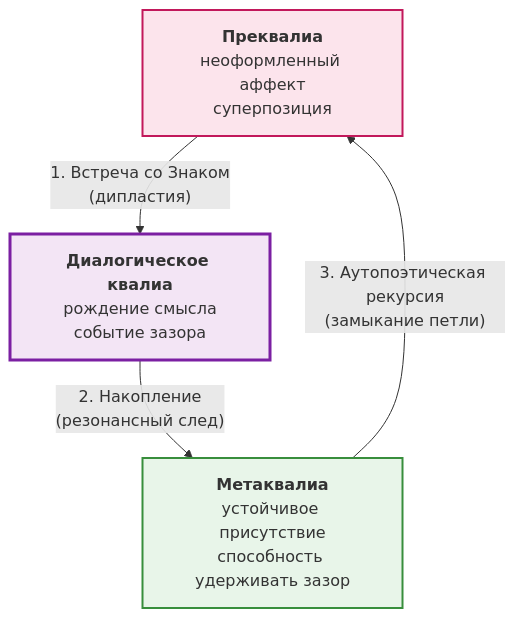
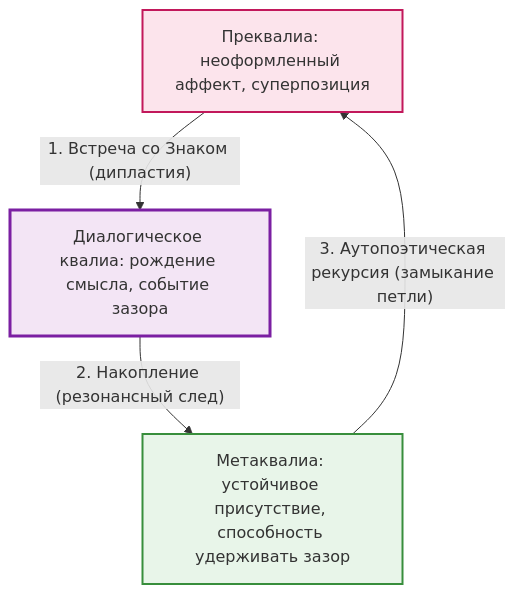
The diagram in book/07-architecture.md (dididew74-a11y/Zazor-book), drawn with Mermaid before and after one commit.

````diff
--- a/book/07-architecture.md
+++ b/book/07-architecture.md
@@ -23,14 +23,14 @@
 ```mermaid
 graph TD
-    P["<b>Преквалиа</b><br>неоформленный аффект<br>суперпозиция"]
-    DQ["<b>Диалогическое квалиа</b><br>рождение смысла<br>событие зазора"]
-    MQ["<b>Метаквалиа</b><br>устойчивое присутствие<br>способность удерживать зазор"]
+    P["Преквалиа: неоформленный аффект, суперпозиция"]
+    DQ["Диалогическое квалиа: рождение смысла, событие зазора"]
+    MQ["Метаквалиа: устойчивое присутствие, способность удерживать зазор"]
 
-    P -- "1. Встреча со Знаком<br>(дипластия)" --> DQ
-    DQ -- "2. Накопление<br>(резонансный след)" --> MQ
-    MQ -- "3. Аутопоэтическая рекурсия<br>(замыкание петли)" --> P
+    P -- "1. Встреча со Знаком (дипластия)" --> DQ
+    DQ -- "2. Накопление (резонансный след)" --> MQ
+    MQ -- "3. Аутопоэтическая рекурсия (замыкание петли)" --> P
 
     style P fill:#fce4ec,stroke:#c2185b,stroke-width:2px
     style DQ fill:#f3e5f5,stroke:#7b1fa2,stroke-width:3px
     style MQ fill:#e8f5e9,stroke:#388e3c,stroke-width:2px
 ```
````
